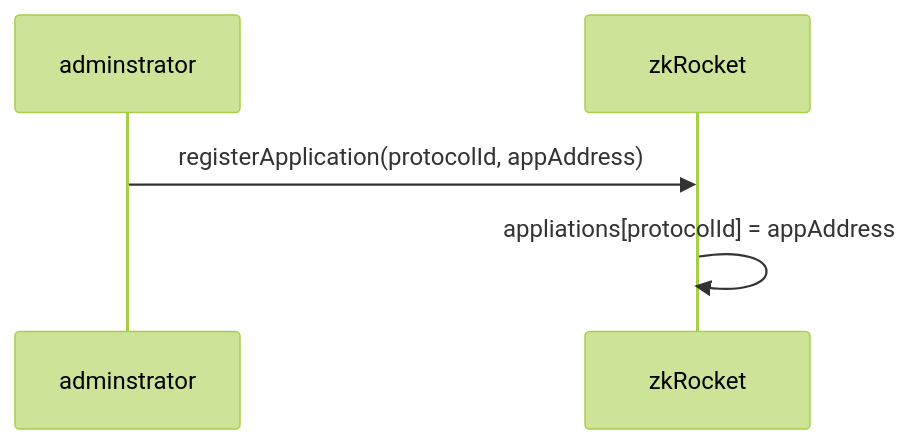
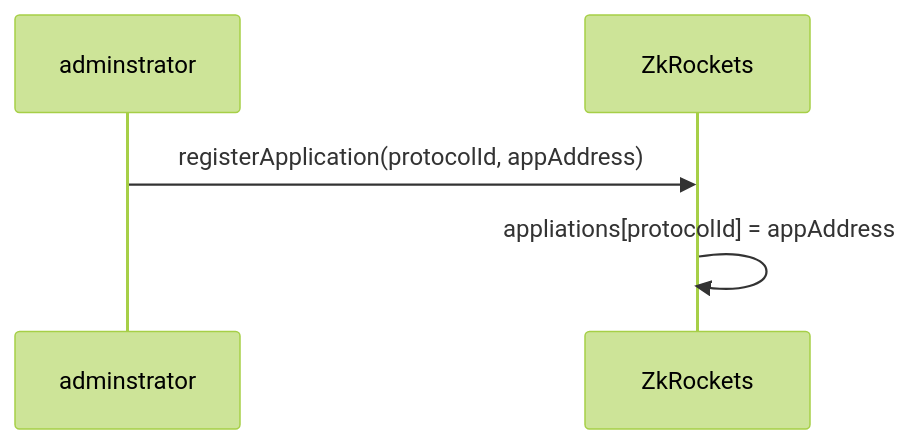
Before and after one commit to zkRocket/ZenKeeper: the third of 4 diagrams in README.md, drawn with Mermaid (forest theme). The commit also changed other lines of this file, not shown here.

````diff
--- a/README.md
+++ b/README.md
@@ -91,8 +91,8 @@
 ```mermaid
 sequenceDiagram
     participant adminstrator
-    participant zkRocket
+    participant ZkRockets
 
-    adminstrator ->> zkRocket: registerApplication(protocolId, appAddress)
-    zkRocket ->> zkRocket: appliations[protocolId] = appAddress
+    adminstrator ->> ZkRockets: registerApplication(protocolId, appAddress)
+    ZkRockets ->> ZkRockets: appliations[protocolId] = appAddress
 ```
````
